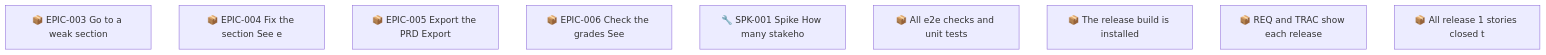
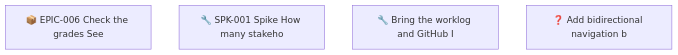
The second of 2 diagrams in docs/roadmap.md (SpillwaveSolutions/prd-forge-viewer), drawn with Mermaid before and after one commit. The commit also changed other lines of this file and 20 other files, not shown here.

````diff
--- a/docs/roadmap.md
+++ b/docs/roadmap.md
@@ -81,12 +69,7 @@
 ```mermaid
 graph TD
-    01M61XNJQPA0F7H1BG56ERNJ3P["📦 EPIC-003 Go to a weak section"]
-    01M61XNK50616FWM0WZ4FGWGEB["📦 EPIC-004 Fix the section See e"]
-    01M61XNK9MPMV0RAEKPX0JC3K4["📦 EPIC-005 Export the PRD Export"]
     01M61XNM7GHPSJ1B96BCHA59ZE["📦 EPIC-006 Check the grades See"]
     01M61XNM9NY7F4D4V7400J56X9["🔧 SPK-001 Spike How many stakeho"]
-    01M62C7REGCD2R415FMWFCZMV8["📦 All e2e checks and unit tests"]
-    01M62C7REGCD2R415FMWFCZMVA["📦 The release build is installed"]
-    01M62C7REHN9N2P8Z19K0EPA0F["📦 REQ and TRAC show each release"]
-    01M62C7REHN9N2P8Z19K0EPA0H["📦 All release 1 stories closed t"]
+    01M67N9KHR9BFVGGV7VCF908B6["🔧 Bring the worklog and GitHub I"]
+    01M67NFZH5C1HWH4SBC22ZVXMS["❓ Add bidirectional navigation b"]
 ```
````
